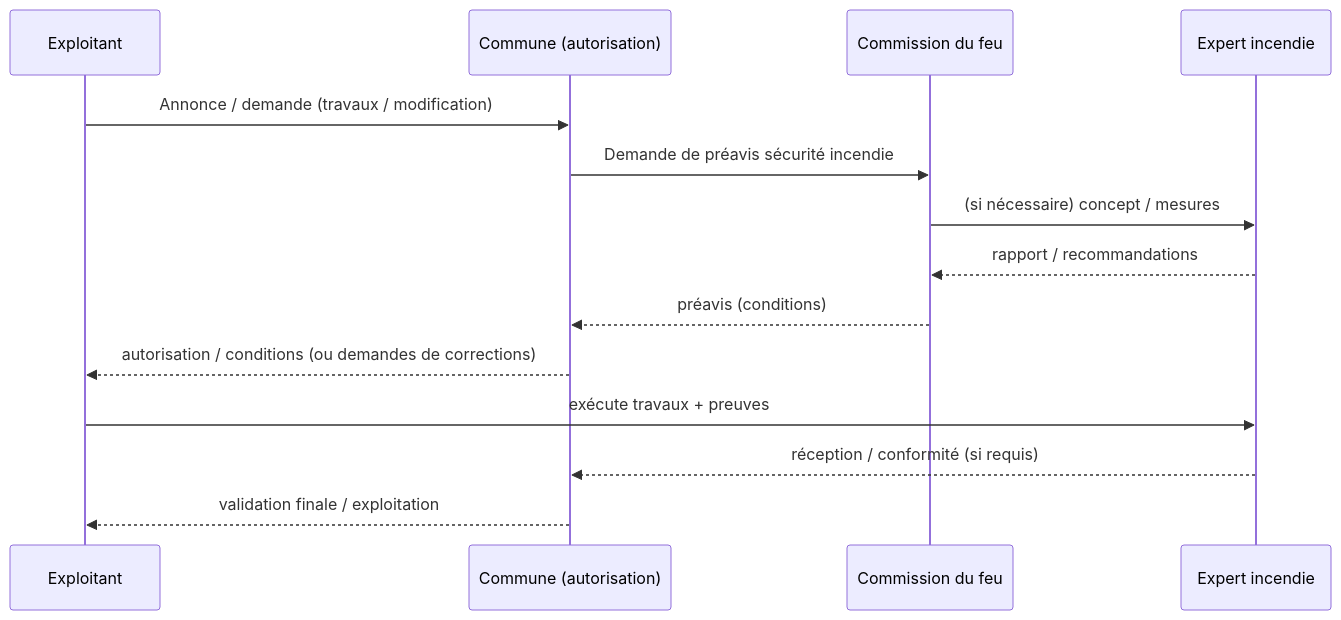
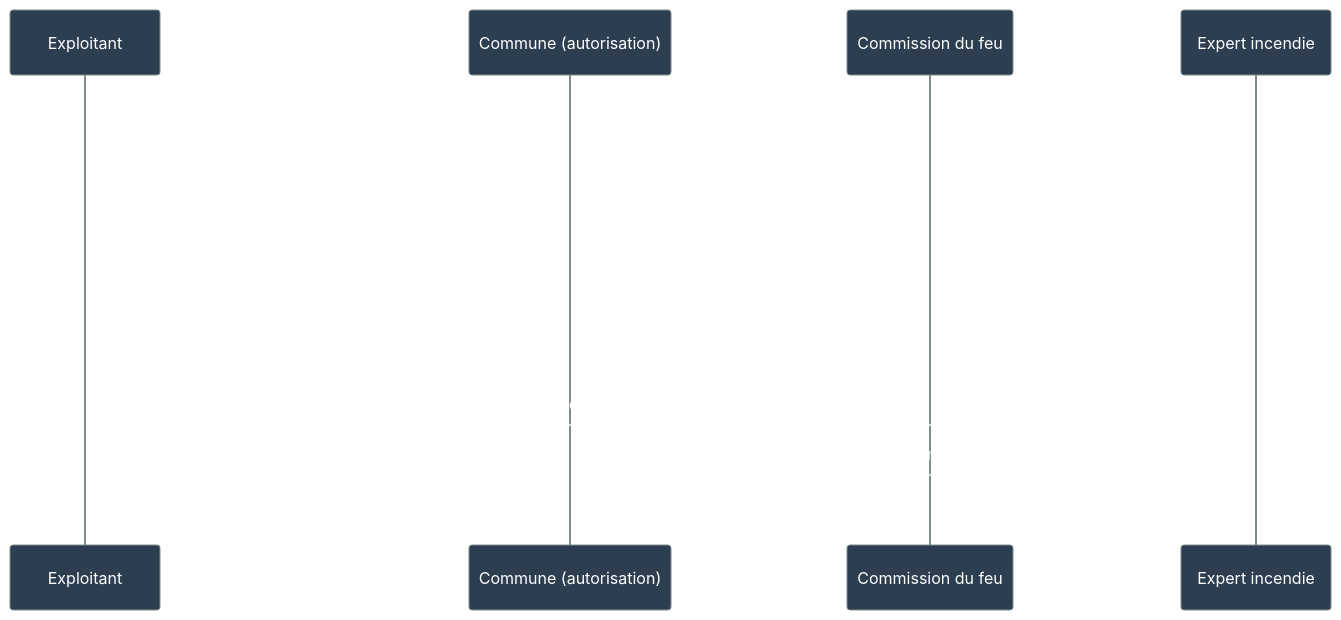
Before and after one commit to veritacm/veritaserum: the second of 2 diagrams in content/03_Autorisations/Autorisations & contrôles – Bars vs Discothèques (VS, état 2025).md, drawn with Mermaid. The commit also changed 8 other files, not shown here.

````diff
--- a/content/03_Autorisations/Autorisations & contrôles – Bars vs Discothèques (VS, état 2025).md
+++ b/content/03_Autorisations/Autorisations & contrôles – Bars vs Discothèques (VS, état 2025).md
@@ -190,16 +190,17 @@
-```mermaid 
+```mermaid
+%%{init: {'theme':'base', 'themeVariables': { 'primaryColor':'#2C3E50', 'primaryTextColor':'#fff', 'primaryBorderColor':'#7F8C8D', 'lineColor':'#3498DB', 'secondaryColor':'#7F8C8D', 'tertiaryColor':'#f4f4f4'}}}%%
 sequenceDiagram
   participant Exploitant
   participant Commune as Commune (autorisation)
   participant Feu as Commission du feu
   participant Expert as Expert incendie
   Exploitant->>Commune: Annonce / demande (travaux / modification)
   Commune->>Feu: Demande de préavis sécurité incendie
   Feu->>Expert: (si nécessaire) concept / mesures
   Expert-->>Feu: rapport / recommandations
   Feu-->>Commune: préavis (conditions)
   Commune-->>Exploitant: autorisation / conditions (ou demandes de corrections)
   Exploitant->>Expert: exécute travaux + preuves
   Expert-->>Commune: réception / conformité (si requis)
   Commune-->>Exploitant: validation finale / exploitation
 ```
````
